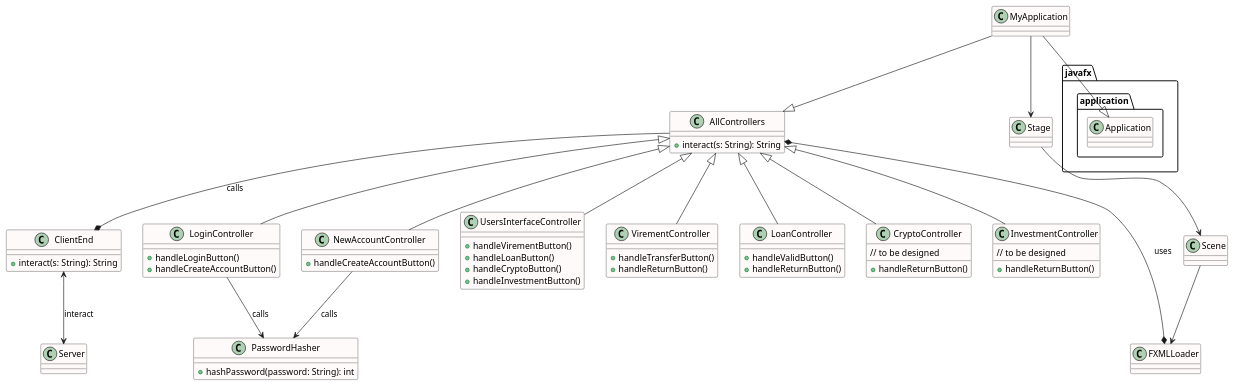
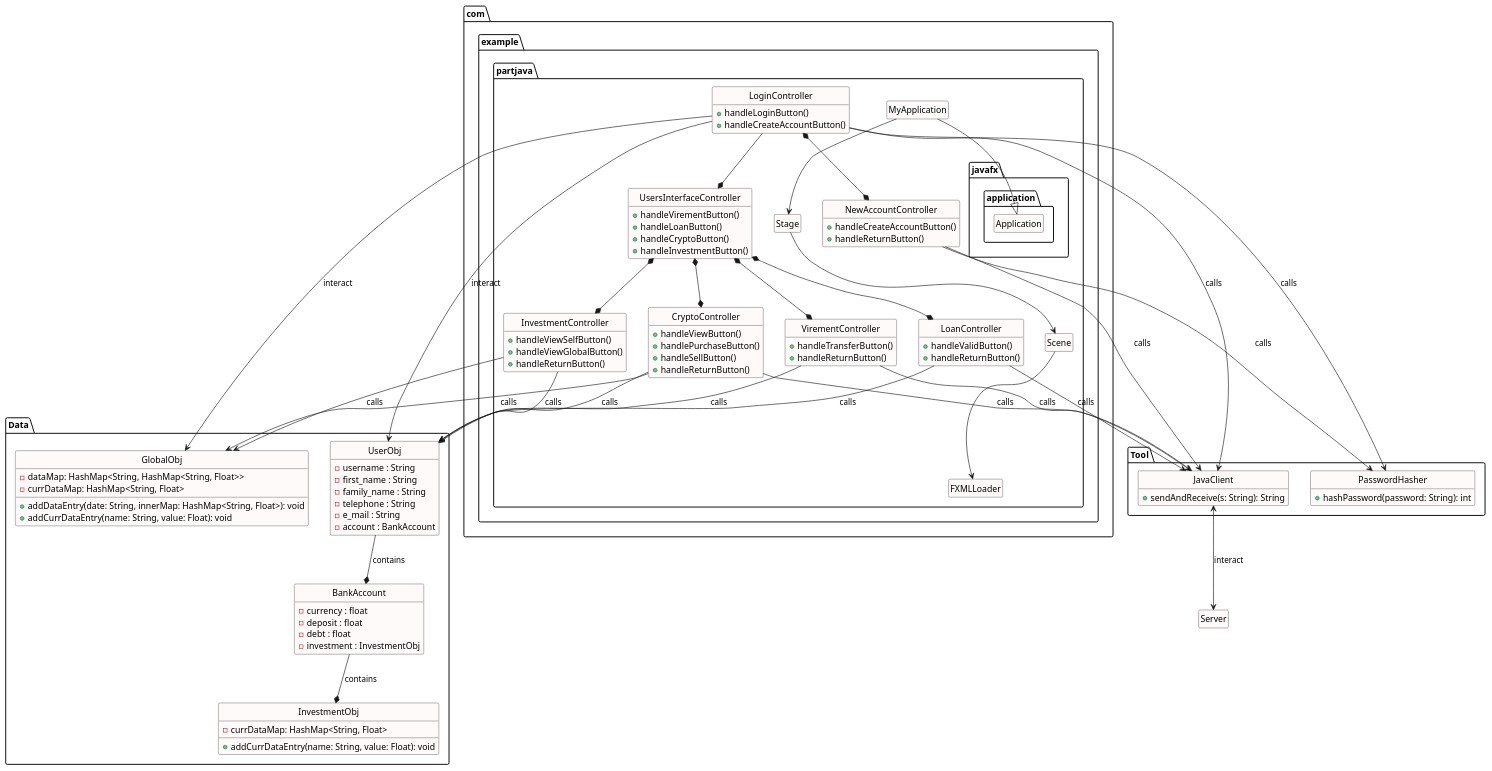
One commit to JeongHan-Bae/Proj_Final_JV changed the diagram in MyApplication.puml. Above: the diagram before and after it, drawn with PlantUML.

```diff
--- a/MyApplication.puml
+++ b/MyApplication.puml
@@ -1,62 +1,113 @@
 @startuml
-
 skinparam class {
   BackgroundColor Snow
 }
-MyApplication --|> javafx.application.Application
-MyApplication --|> AllControllers
-AllControllers *--* FXMLLoader : uses
-AllControllers --* ClientEnd : calls
-LoginController --> PasswordHasher : calls
-NewAccountController --> PasswordHasher : calls
-ClientEnd <--> Server : interact
-MyApplication --> Stage
-Stage --> Scene
-Scene --> FXMLLoader
-class MyApplication
-class AllControllers {
-  + interact(s: String): String
-}
-class ClientEnd {
-  + interact(s: String): String
-}
-class PasswordHasher {
-  + hashPassword(password: String): int
-}
-class Stage
-class Scene
-class FXMLLoader
-class LoginController extends AllControllers {
-  + handleLoginButton()
-  + handleCreateAccountButton()
-}
-class NewAccountController extends AllControllers {
-  + handleCreateAccountButton()
-}
-class UsersInterfaceController extends AllControllers {
-  + handleVirementButton()
-  + handleLoanButton()
-  + handleCryptoButton()
-  + handleInvestmentButton()
-}
-class VirementController extends AllControllers{
-  + handleTransferButton()
-  + handleReturnButton()
-}
-class LoanController extends AllControllers {
-  + handleValidButton()
-  + handleReturnButton()
-}
-class CryptoController extends AllControllers {
-  // to be designed
-  + handleReturnButton()
-}
-class InvestmentController extends AllControllers {
-  // to be designed
-  + handleReturnButton()
+
+package Data {
+  class UserObj {
+    - username : String
+    - first_name : String
+    - family_name : String
+    - telephone : String
+    - e_mail : String
+    - account : BankAccount
+  }
+
+  class BankAccount {
+    - currency : float
+    - deposit : float
+    - debt : float
+    - investment : InvestmentObj
+  }
+
+  class InvestmentObj {
+    - currDataMap: HashMap<String, Float>
+    + addCurrDataEntry(name: String, value: Float): void
+  }
+
+  class GlobalObj {
+    - dataMap: HashMap<String, HashMap<String, Float>>
+    - currDataMap: HashMap<String, Float>
+    + addDataEntry(date: String, innerMap: HashMap<String, Float>): void
+    + addCurrDataEntry(name: String, value: Float): void
+  }
 }
 
+package Tool {
+  class JavaClient {
+    + sendAndReceive(s: String): String
+  }
 
+  class PasswordHasher {
+    + hashPassword(password: String): int
+  }
+}
 
+package com.example.partjava {
+  MyApplication --|> javafx.application.Application
+  MyApplication --> Stage
+  Stage --> Scene
+  Scene --> FXMLLoader
+  UserObj --* BankAccount : contains
+  BankAccount --* InvestmentObj : contains
+  class LoginController {
+      + handleLoginButton()
+      + handleCreateAccountButton()
+  }
+  class NewAccountController {
+    + handleCreateAccountButton()
+    + handleReturnButton()
+  }
+  class UsersInterfaceController {
+    + handleVirementButton()
+    + handleLoanButton()
+    + handleCryptoButton()
+    + handleInvestmentButton()
+  }
+  class VirementController{
+    + handleTransferButton()
+    + handleReturnButton()
+  }
+  class LoanController {
+    + handleValidButton()
+    + handleReturnButton()
+  }
+  class CryptoController{
+    + handleViewButton()
+    + handlePurchaseButton()
+    + handleSellButton()
+    + handleReturnButton()
+  }
+  class InvestmentController{
+    + handleViewSelfButton()
+    + handleViewGlobalButton()
+    + handleReturnButton()
+  }
+  LoginController *--* NewAccountController
+  LoginController --* UsersInterfaceController
+  UsersInterfaceController *--* VirementController
+  UsersInterfaceController *--* LoanController
+  UsersInterfaceController *--* CryptoController
+  UsersInterfaceController *--* InvestmentController
+}
 
+JavaClient <--> Server : interact
+LoginController --> JavaClient : calls
+LoginController --> PasswordHasher : calls
+LoginController --> GlobalObj : interact
+LoginController --> UserObj : interact
+NewAccountController --> JavaClient : calls
+NewAccountController --> PasswordHasher : calls
+VirementController --> JavaClient : calls
+VirementController --> UserObj : calls
+LoanController --> JavaClient : calls
+LoanController --> UserObj : calls
+CryptoController -->  JavaClient : calls
+CryptoController --> GlobalObj : calls
+CryptoController --> UserObj : calls
+InvestmentController --> GlobalObj : calls
+InvestmentController --> UserObj : calls
+
+hide circle
+hide empty members
 @enduml
```
